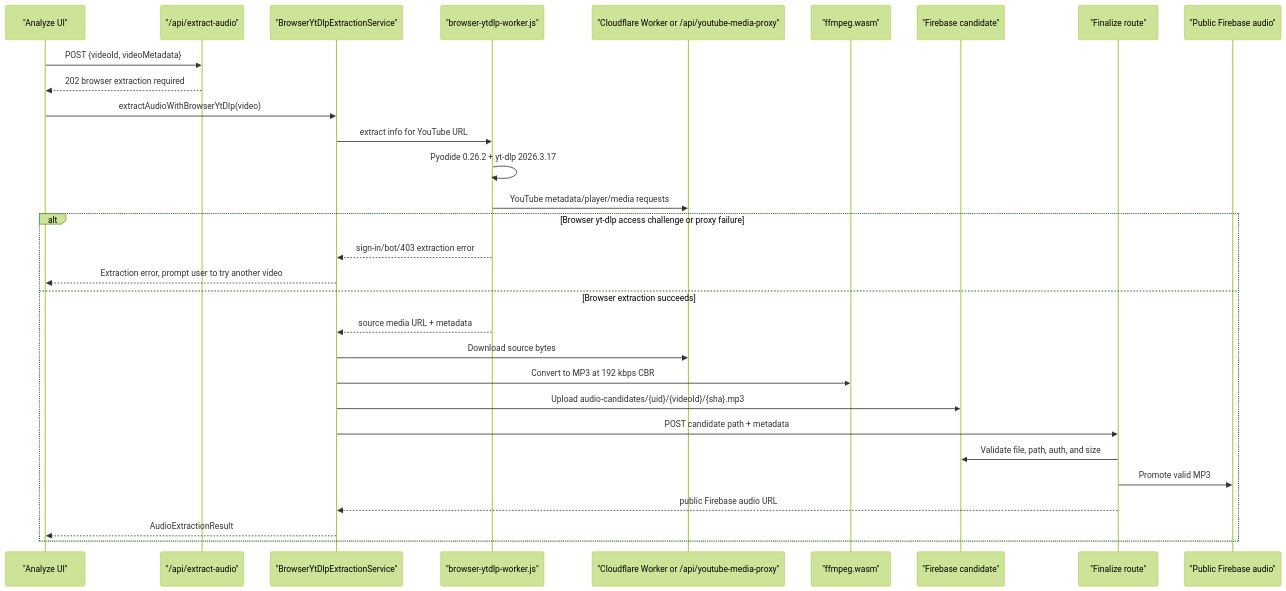
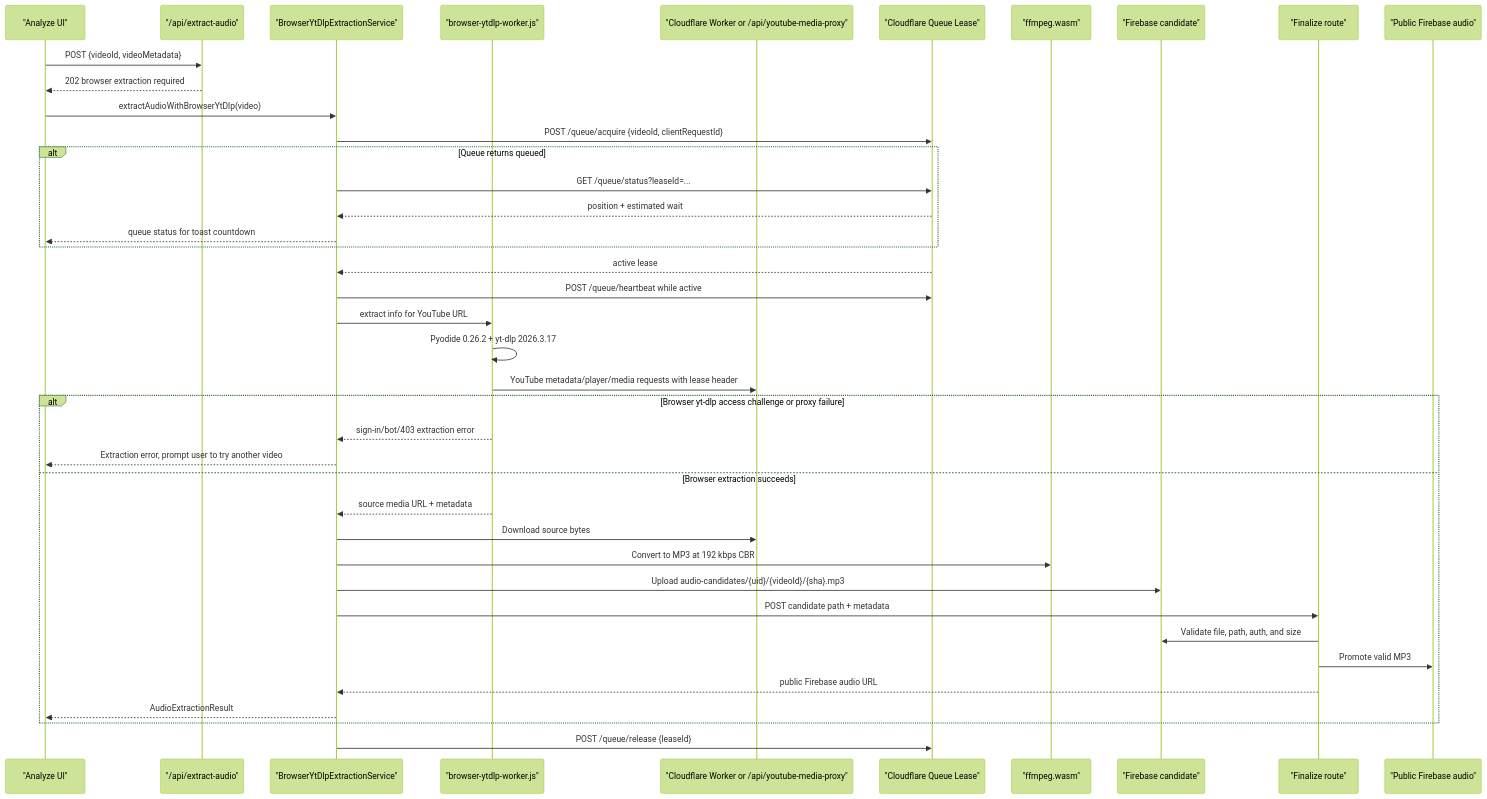
The second of 2 diagrams in .qoder/repowiki/en/content/Audio Processing and Analysis/YouTube Integration.md (ptnghia-j/ChordMiniApp), drawn with Mermaid (forest theme) before and after one commit. The commit also changed other lines of this file and 32 other files, not shown here.

````diff
--- a/.qoder/repowiki/en/content/Audio Processing and Analysis/YouTube Integration.md
+++ b/.qoder/repowiki/en/content/Audio Processing and Analysis/YouTube Integration.md
@@ -65,32 +68,42 @@
 ```mermaid
 sequenceDiagram
 participant UI as "Analyze UI"
 participant API as "/api/extract-audio"
 participant Browser as "BrowserYtDlpExtractionService"
 participant Worker as "browser-ytdlp-worker.js"
 participant Proxy as "Cloudflare Worker or /api/youtube-media-proxy"
+participant Queue as "Cloudflare Queue Lease"
 participant FFmpeg as "ffmpeg.wasm"
 participant Candidate as "Firebase candidate"
 participant Finalizer as "Finalize route"
 participant Public as "Public Firebase audio"
 UI->>API : POST {videoId, videoMetadata}
 API-->>UI : 202 browser extraction required
 UI->>Browser : extractAudioWithBrowserYtDlp(video)
+Browser->>Queue : POST /queue/acquire {videoId, clientRequestId}
+alt Queue returns queued
+Browser->>Queue : GET /queue/status?leaseId=...
+Queue-->>Browser : position + estimated wait
+Browser-->>UI : queue status for toast countdown
+end
+Queue-->>Browser : active lease
+Browser->>Queue : POST /queue/heartbeat while active
 Browser->>Worker : extract info for YouTube URL
 Worker->>Worker : Pyodide 0.26.2 + yt-dlp 2026.3.17
-Worker->>Proxy : YouTube metadata/player/media requests
+Worker->>Proxy : YouTube metadata/player/media requests with lease header
 alt Browser yt-dlp access challenge or proxy failure
 Worker-->>Browser : sign-in/bot/403 extraction error
 Browser-->>UI : Extraction error, prompt user to try another video
 else Browser extraction succeeds
 Worker-->>Browser : source media URL + metadata
 Browser->>Proxy : Download source bytes
 Browser->>FFmpeg : Convert to MP3 at 192 kbps CBR
 Browser->>Candidate : Upload audio-candidates/{uid}/{videoId}/{sha}.mp3
 Browser->>Finalizer : POST candidate path + metadata
 Finalizer->>Candidate : Validate file, path, auth, and size
 Finalizer->>Public : Promote valid MP3
 Finalizer-->>Browser : public Firebase audio URL
 Browser-->>UI : AudioExtractionResult
 end
+Browser->>Queue : POST /queue/release {leaseId}
 ```
````
